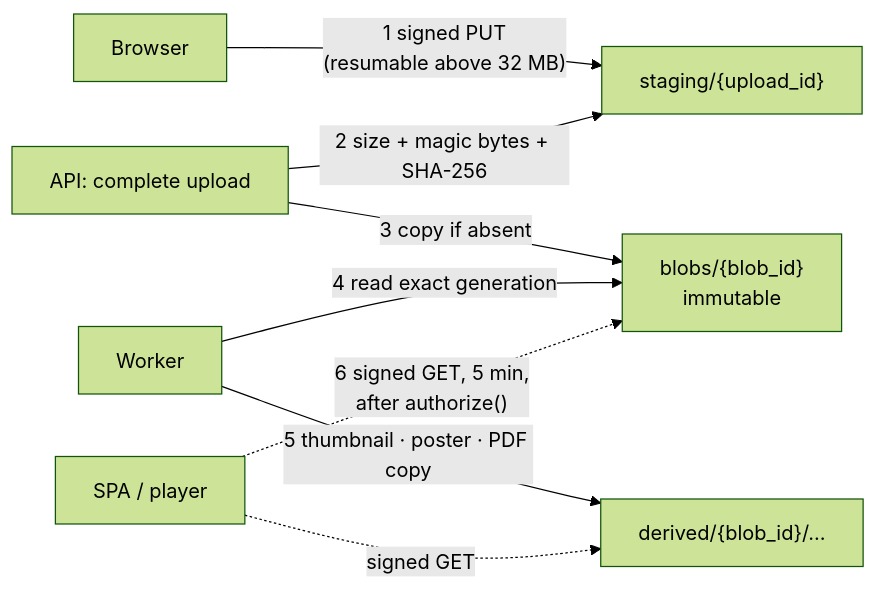
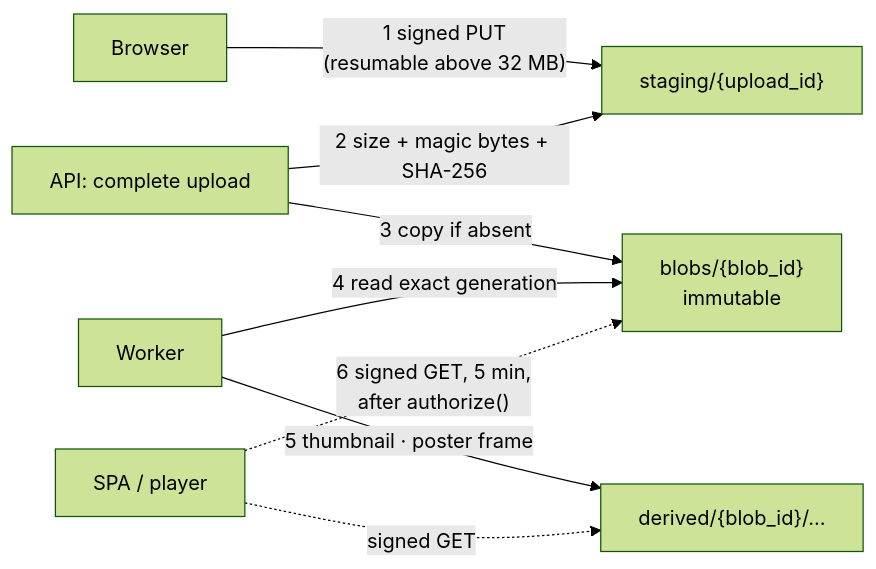
Before and after one commit to giahuydo/rillmark: the second of 2 diagrams in docs/part2/04-architecture.md, drawn with Mermaid (forest theme). The commit also changed other lines of this file and 2 other files, not shown here.

First line of the commit message:
docs: drop office pdf copies from the file storage design

````diff
--- a/docs/part2/04-architecture.md
+++ b/docs/part2/04-architecture.md
@@ -54,10 +54,10 @@
 ```mermaid
 flowchart LR
   B["Browser"] -- "1 signed PUT<br/>(resumable above 32 MB)" --> ST["staging/{upload_id}"]
   API["API: complete upload"] -- "2 size + magic bytes + SHA-256" --> ST
   API -- "3 copy if absent" --> BL["blobs/{blob_id}<br/>immutable"]
   W["Worker"] -- "4 read exact generation" --> BL
-  W -- "5 thumbnail · poster · PDF copy" --> DV["derived/{blob_id}/…"]
+  W -- "5 thumbnail · poster frame" --> DV["derived/{blob_id}/…"]
   SPA["SPA / player"] -. "6 signed GET, 5 min,<br/>after authorize()" .-> BL
   SPA -. "signed GET" .-> DV
 ```
````
